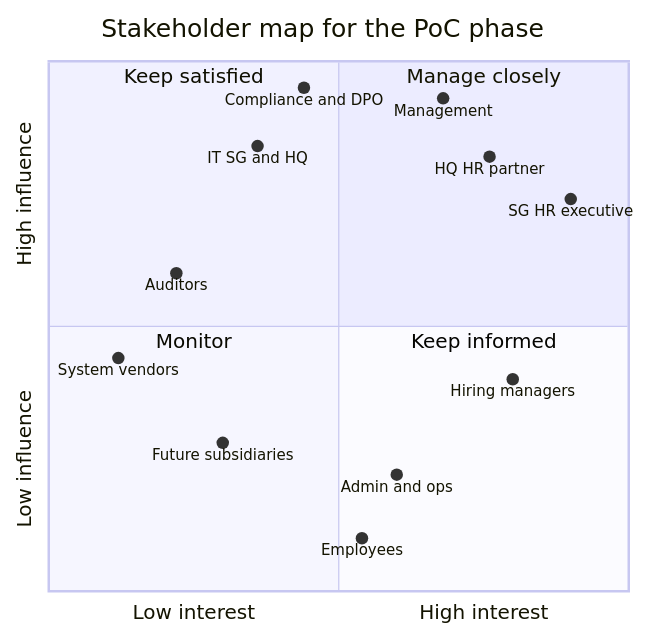
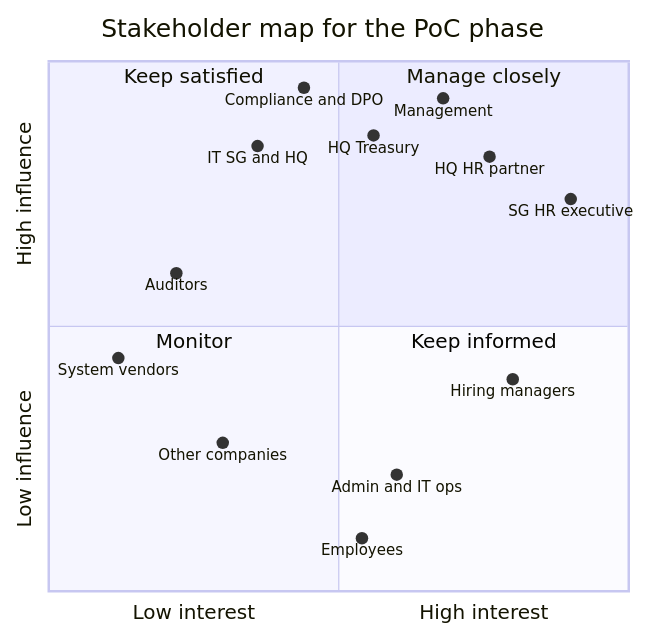
The diagram in docs/problem-statement.md (xiu2809xiu-rgb/sccci-innovation-project), drawn with Mermaid before and after one commit. The commit also changed other lines of this file and 12 other files, not shown here.

````diff
--- a/docs/problem-statement.md
+++ b/docs/problem-statement.md
@@ -83,21 +71,22 @@
 ```mermaid
 quadrantChart
     title Stakeholder map for the PoC phase
     x-axis Low interest --> High interest
     y-axis Low influence --> High influence
     quadrant-1 Manage closely
     quadrant-2 Keep satisfied
     quadrant-3 Monitor
     quadrant-4 Keep informed
     SG HR executive: [0.90, 0.74]
     HQ HR partner: [0.76, 0.82]
     Management: [0.68, 0.93]
+    HQ Treasury: [0.56, 0.86]
     Compliance and DPO: [0.44, 0.95]
     IT SG and HQ: [0.36, 0.84]
     Auditors: [0.22, 0.60]
     Hiring managers: [0.80, 0.40]
-    Admin and ops: [0.60, 0.22]
+    Admin and IT ops: [0.60, 0.22]
     Employees: [0.54, 0.10]
-    Future subsidiaries: [0.30, 0.28]
+    Other companies: [0.30, 0.28]
     System vendors: [0.12, 0.44]
 ```
````
